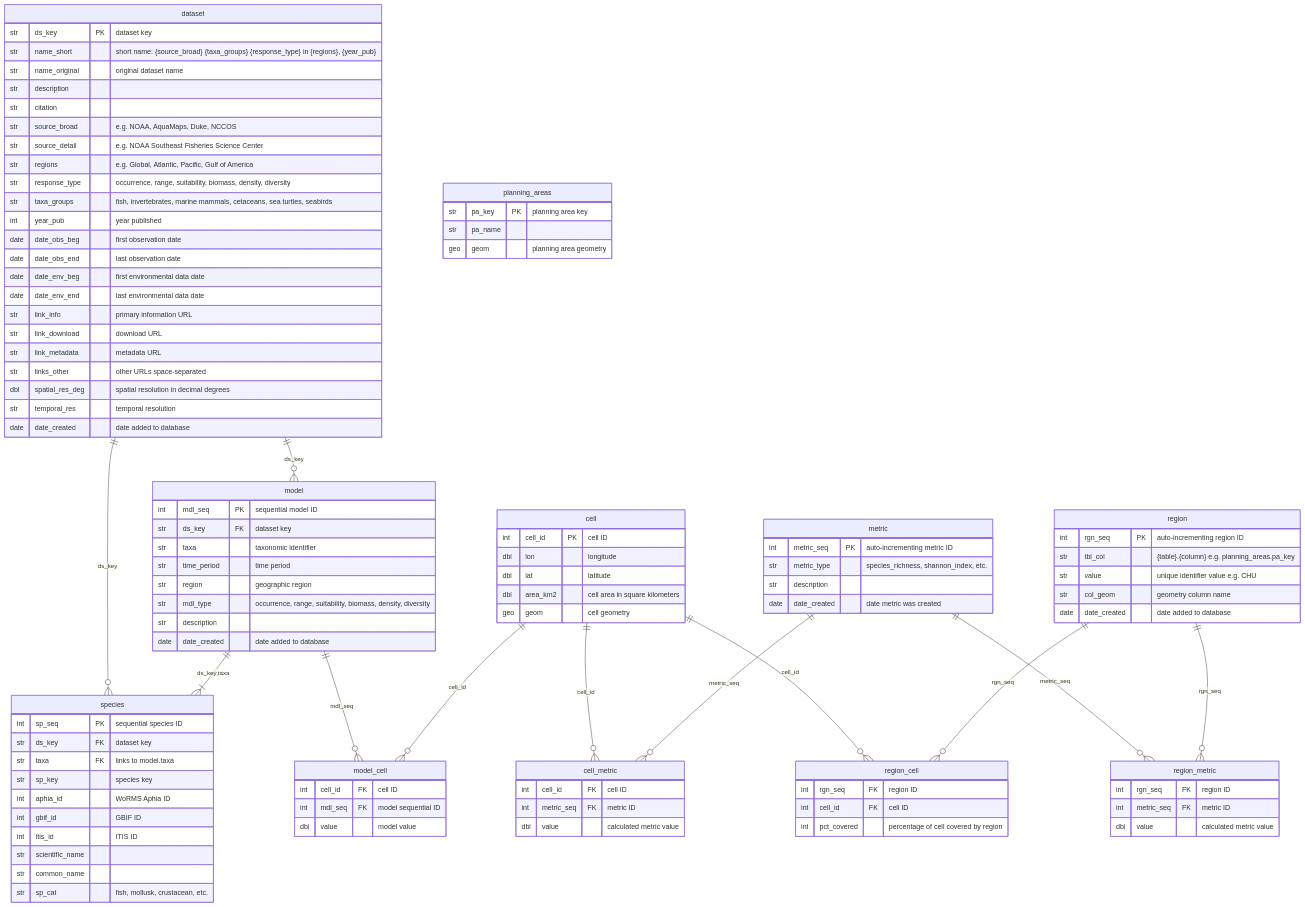
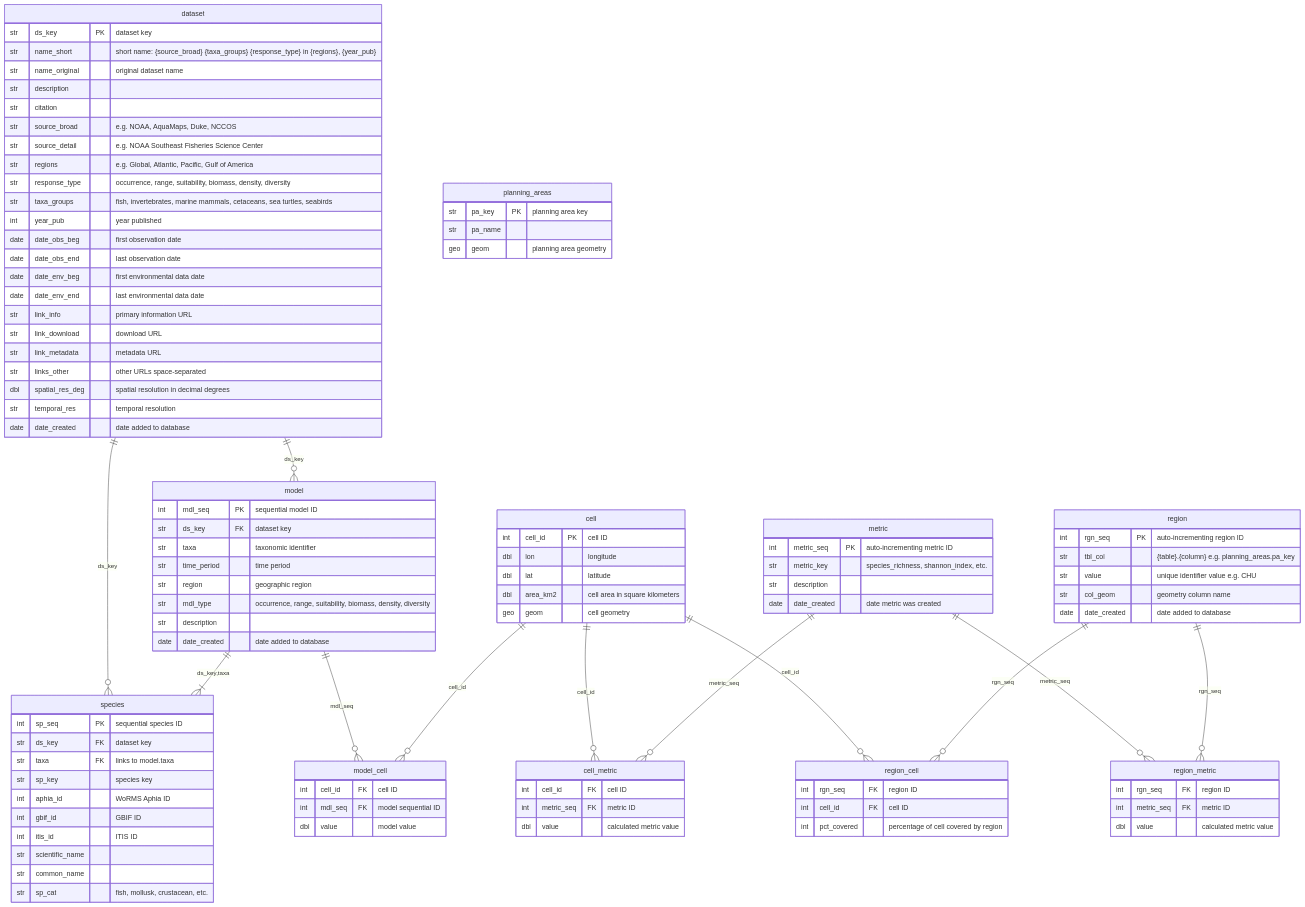
The diagram in ingest_aquamaps_to_sdm_duckdb.qmd (MarineSensitivity/workflows), drawn with Mermaid before and after one commit. The commit also changed other lines of this file, not shown here.

Commit message:
metric_type -> metric_key; ready to redo extrisk_spcat_ecoregion_rescaled SQL

```diff
--- a/ingest_aquamaps_to_sdm_duckdb.qmd
+++ b/ingest_aquamaps_to_sdm_duckdb.qmd
@@ -131,7 +131,7 @@
 
 metric {
   int metric_seq      PK  "auto-incrementing metric ID"
-  str metric_type         "species_richness, shannon_index, etc."
+  str metric_key         "species_richness, shannon_index, etc."
   str description
   date date_created       "date metric was created"
 }
```
